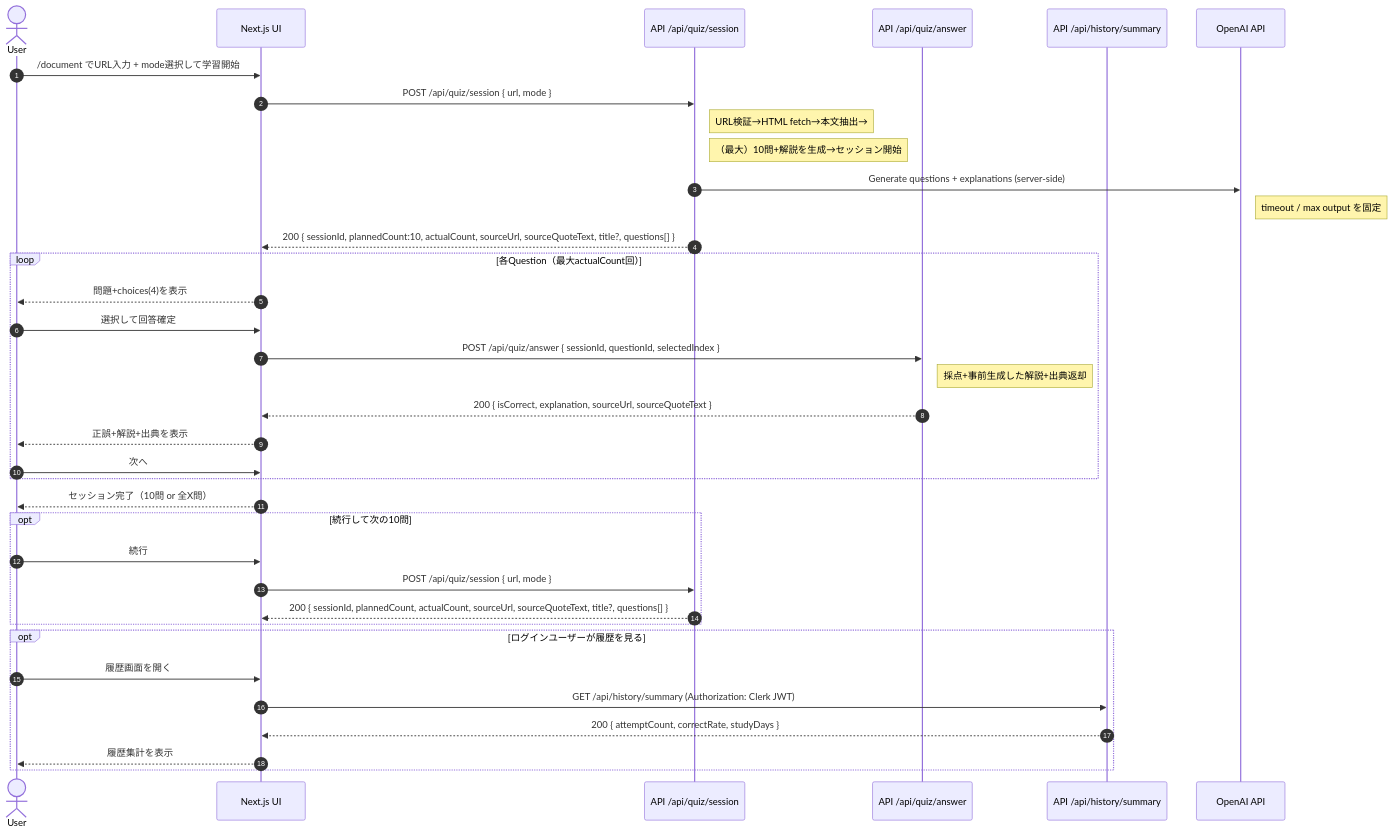
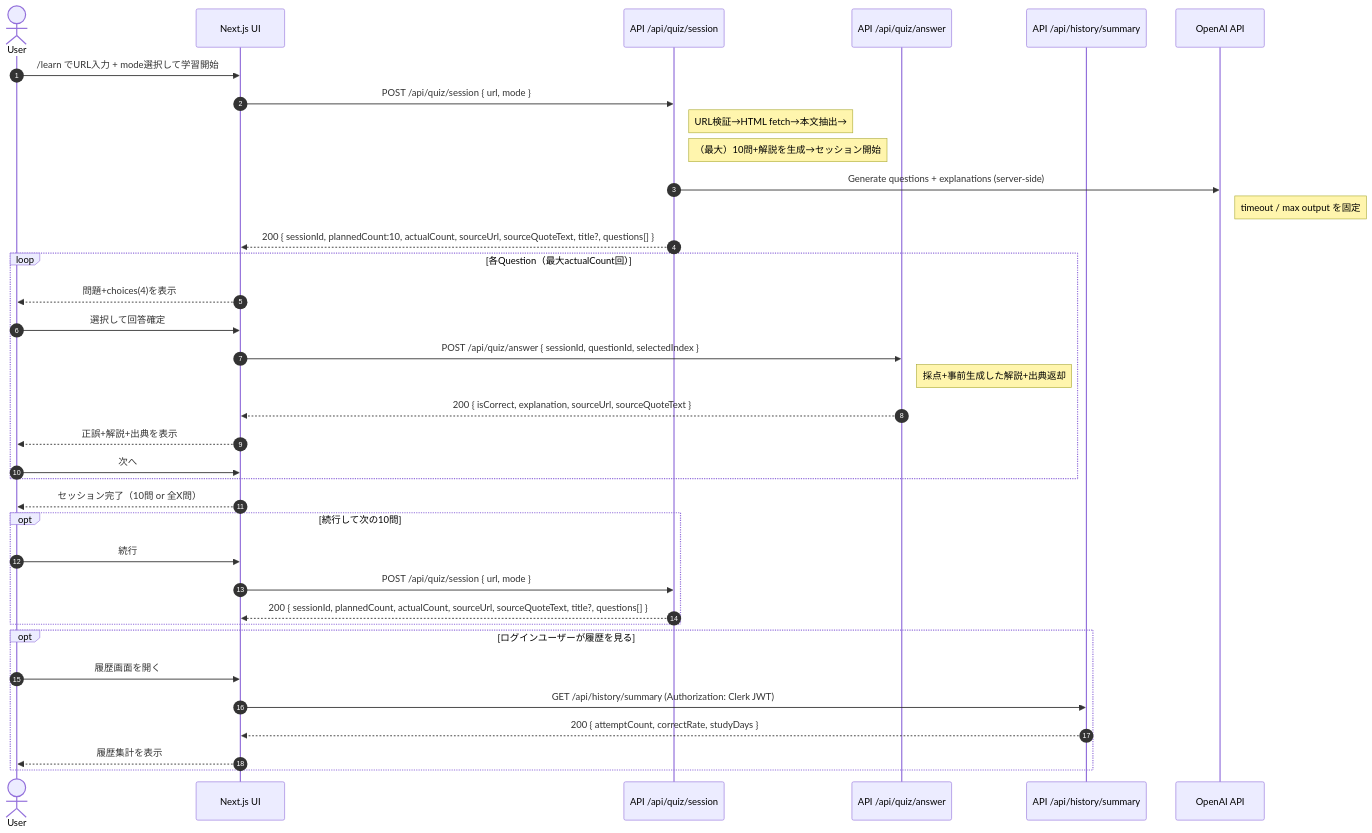
One commit to POKENA7/DocsDrivenEnglish changed the diagram in specs/001-dev-english-learning/sequence.md. Above: the diagram before and after it, drawn with Mermaid. The commit also changed 4 other files, not shown here.

Commit message:
feat: Rename document feature to learn and update related routing and documentation

````diff
--- a/specs/001-dev-english-learning/sequence.md
+++ b/specs/001-dev-english-learning/sequence.md
@@ -27,42 +27,42 @@
 ```mermaid
 sequenceDiagram
   autonumber
   actor User as User
   participant Web as Next.js UI
   participant QuizAPI as API /api/quiz/session
   participant AnsAPI as API /api/quiz/answer
   participant HistAPI as API /api/history/summary
   participant OpenAI as OpenAI API
 
-  User->>Web: /document でURL入力 + mode選択して学習開始
+  User->>Web: /learn でURL入力 + mode選択して学習開始
   Web->>QuizAPI: POST /api/quiz/session { url, mode }
   Note right of QuizAPI: URL検証→HTML fetch→本文抽出→
   Note right of QuizAPI: （最大）10問+解説を生成→セッション開始
   QuizAPI->>OpenAI: Generate questions + explanations (server-side)
   Note right of OpenAI: timeout / max output を固定
   QuizAPI-->>Web: 200 { sessionId, plannedCount:10, actualCount, sourceUrl, sourceQuoteText, title?, questions[] }
 
   loop 各Question（最大actualCount回）
     Web-->>User: 問題+choices(4)を表示
     User->>Web: 選択して回答確定
     Web->>AnsAPI: POST /api/quiz/answer { sessionId, questionId, selectedIndex }
     Note right of AnsAPI: 採点+事前生成した解説+出典返却
     AnsAPI-->>Web: 200 { isCorrect, explanation, sourceUrl, sourceQuoteText }
     Web-->>User: 正誤+解説+出典を表示
     User->>Web: 次へ
   end
 
   Web-->>User: セッション完了（10問 or 全X問）
   opt 続行して次の10問
     User->>Web: 続行
     Web->>QuizAPI: POST /api/quiz/session { url, mode }
     QuizAPI-->>Web: 200 { sessionId, plannedCount, actualCount, sourceUrl, sourceQuoteText, title?, questions[] }
   end
 
   opt ログインユーザーが履歴を見る
     User->>Web: 履歴画面を開く
     Web->>HistAPI: GET /api/history/summary (Authorization: Clerk JWT)
     HistAPI-->>Web: 200 { attemptCount, correctRate, studyDays }
     Web-->>User: 履歴集計を表示
   end
 ```
````
